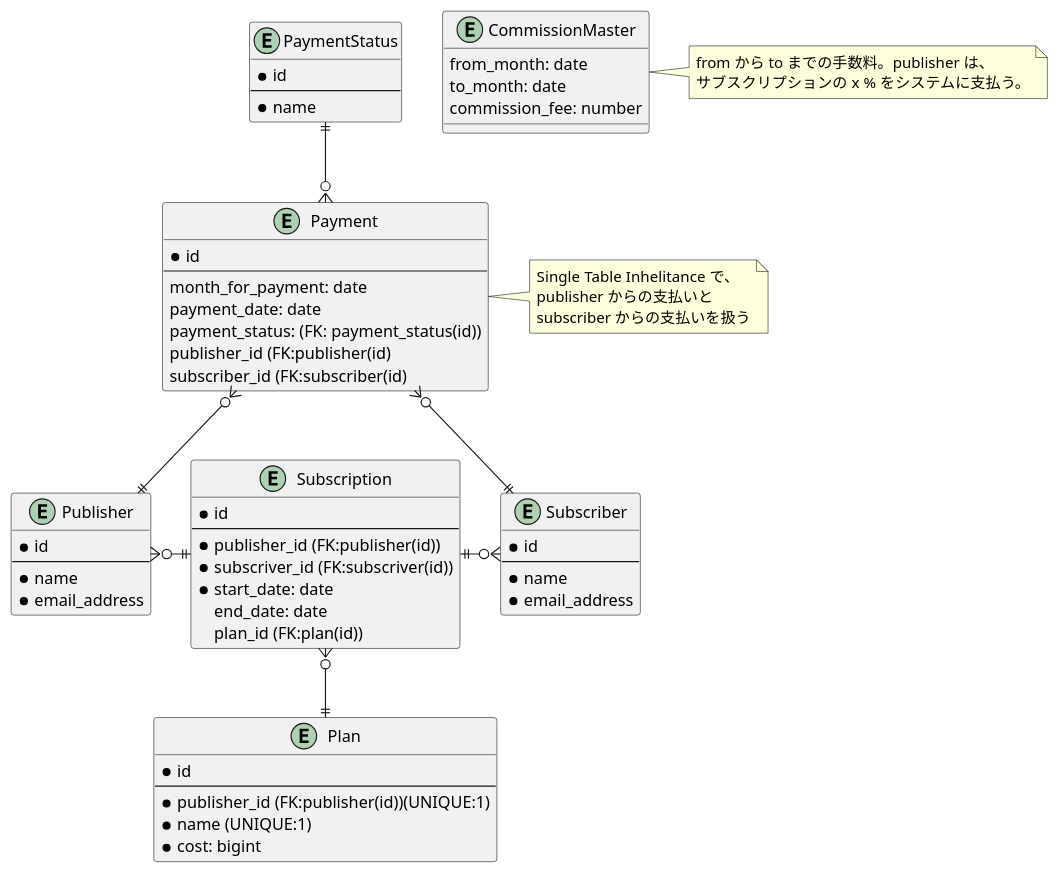
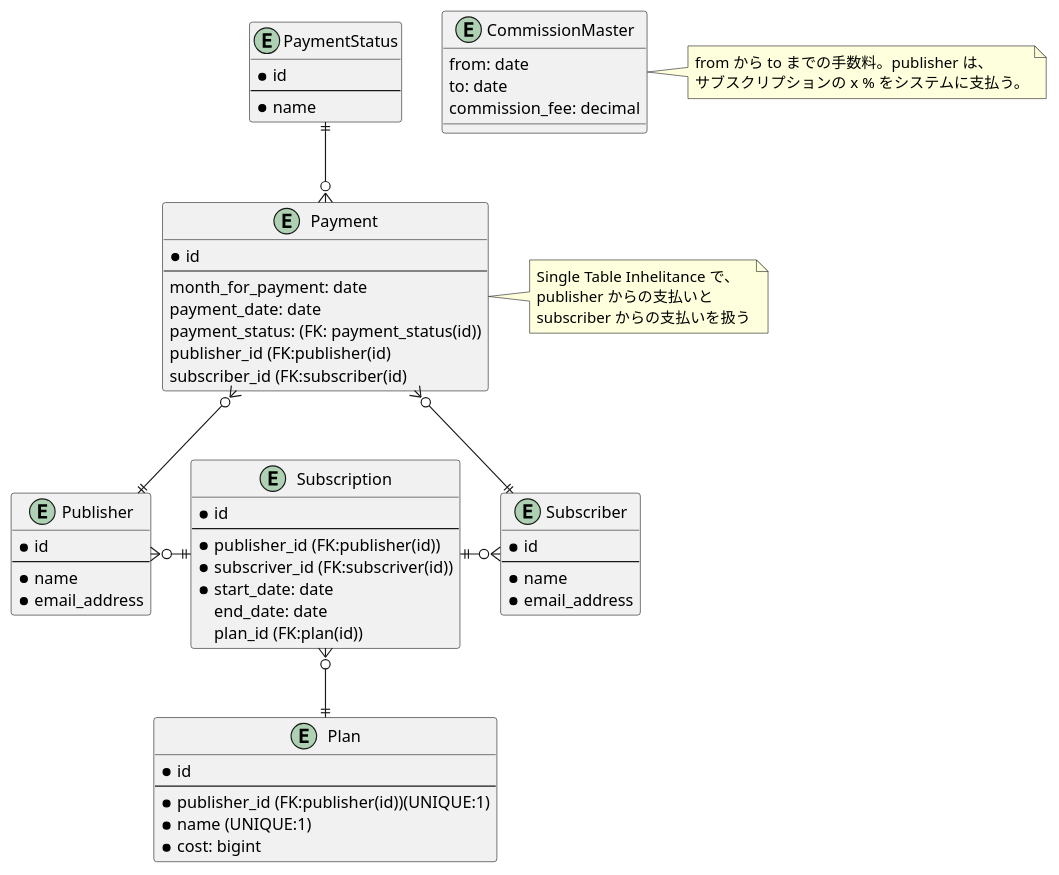
Before and after one commit to mikoto2000/SubscriptionManagementSystem: the diagram in doc/diagram/ER.puml, drawn with PlantUML. The commit also changed 19 other files, not shown here.

Commit message:
./bin/rails generate scaffold CommissionMaster from_date:date to_date:date commission_fee:decimal

```diff
--- a/doc/diagram/ER.puml
+++ b/doc/diagram/ER.puml
@@ -1,69 +1,69 @@
 @startuml
 
 entity Publisher {
   *id
   --
   * name
   * email_address
 }
 
 entity Subscriber {
   * id
   --
   * name
   * email_address
 }
 
 entity Subscription {
   * id
   --
   * publisher_id (FK:publisher(id))
   * subscriver_id (FK:subscriver(id))
   * start_date: date
     end_date: date
     plan_id (FK:plan(id))
 }
 
 entity Plan {
   * id
   --
   * publisher_id (FK:publisher(id))(UNIQUE:1)
   * name (UNIQUE:1)
   * cost: bigint
 }
 
 entity Payment {
   * id
   --
   month_for_payment: date
   payment_date: date
   payment_status: (FK: payment_status(id))
   publisher_id (FK:publisher(id)
   subscriber_id (FK:subscriber(id)
 }
 
 note right: Single Table Inhelitance で、\npublisher からの支払いと\nsubscriber からの支払いを扱う
 
 entity PaymentStatus {
   * id
   --
   * name
 }
 
 entity CommissionMaster {
-  from_month: date
-  to_month: date
-  commission_fee: number
+  from: date
+  to: date
+  commission_fee: decimal
 }
 
 note right: from から to までの手数料。publisher は、\nサブスクリプションの x % をシステムに支払う。
 
 Publisher }o-|| Subscription
 Subscription ||-o{ Subscriber
 Subscription }o--|| Plan
 PaymentStatus ||--o{ Payment 
 
 Payment }o--|| Publisher
 Payment }o--|| Subscriber
 
 @enduml
```
